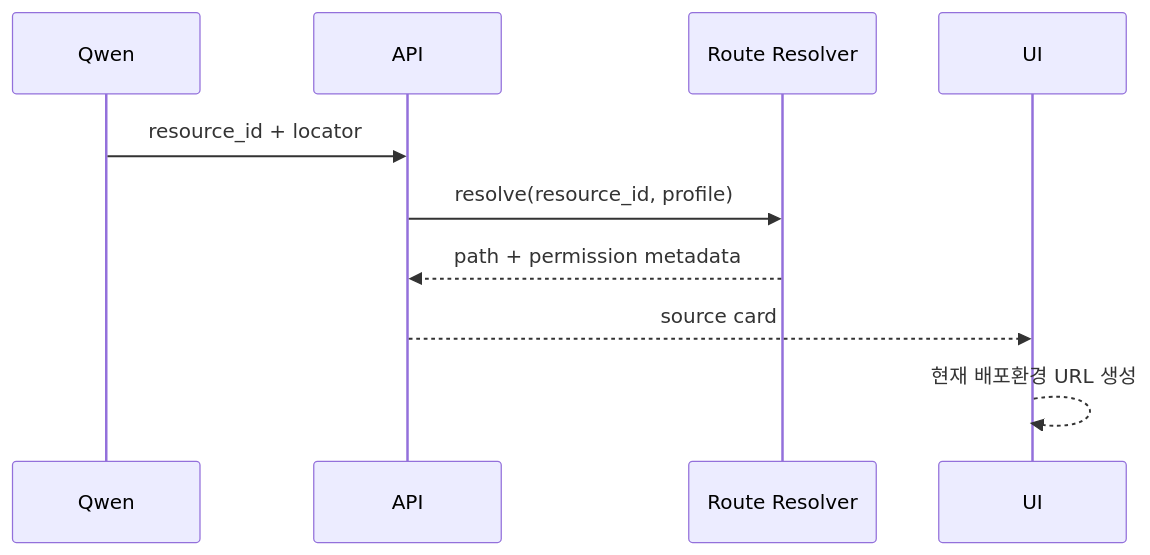
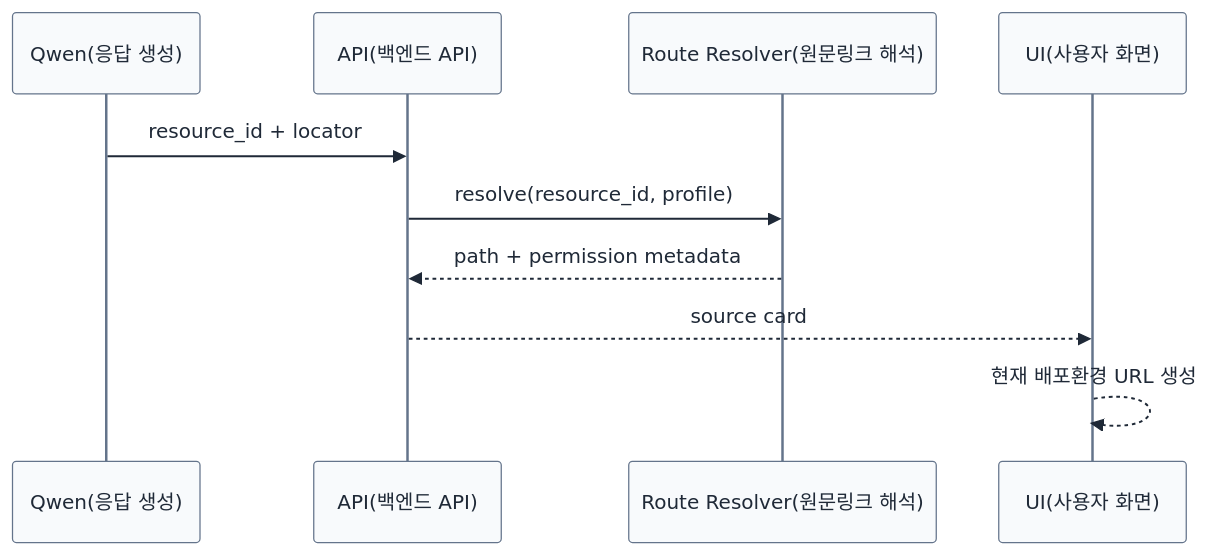
One commit to hori5000/Rulmera-OPA changed the first of 2 diagrams in rulmera-enterprise-knowledge/20-설계/09-Qwen-응답계약-근거링크.md. Above: the diagram before and after it, drawn with Mermaid. The commit also changed other lines of this file and 63 other files, not shown here.

````diff
--- a/rulmera-enterprise-knowledge/20-설계/09-Qwen-응답계약-근거링크.md
+++ b/rulmera-enterprise-knowledge/20-설계/09-Qwen-응답계약-근거링크.md
@@ -57,13 +67,14 @@
 ```mermaid
+%%{init: {"theme":"base","themeVariables":{"primaryColor":"#F8FAFC","primaryTextColor":"#1F2937","primaryBorderColor":"#64748B","lineColor":"#64748B","secondaryColor":"#EAF4FF","tertiaryColor":"#EAFBF2","clusterBkg":"#F8FAFC","clusterBorder":"#CBD5E1","fontSize":"15px"}} }%%
 sequenceDiagram
-  participant Q as Qwen
-  participant A as API
-  participant R as Route Resolver
-  participant U as UI
+  participant Q as Qwen(응답 생성)
+  participant A as API(백엔드 API)
+  participant R as Route Resolver(원문링크 해석)
+  participant U as UI(사용자 화면)
 
   Q->>A: resource_id + locator
   A->>R: resolve(resource_id, profile)
   R-->>A: path + permission metadata
   A-->>U: source card
   U-->>U: 현재 배포환경 URL 생성
 ```
````
